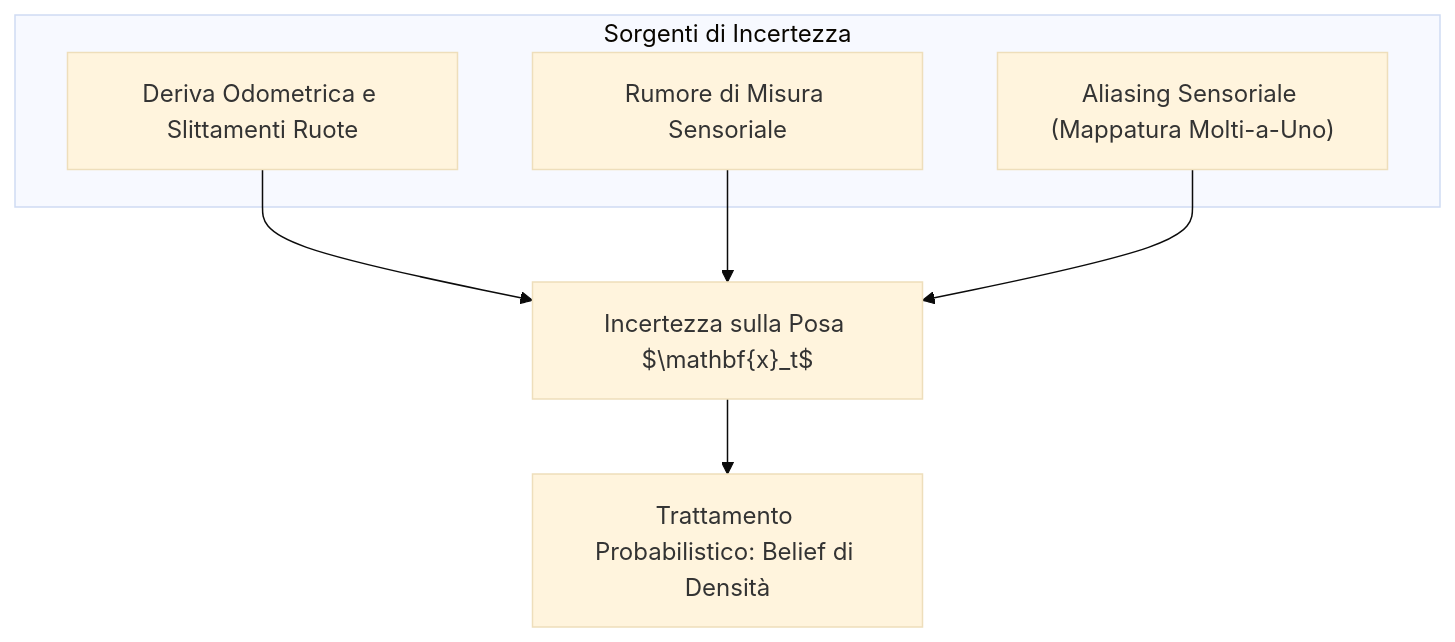
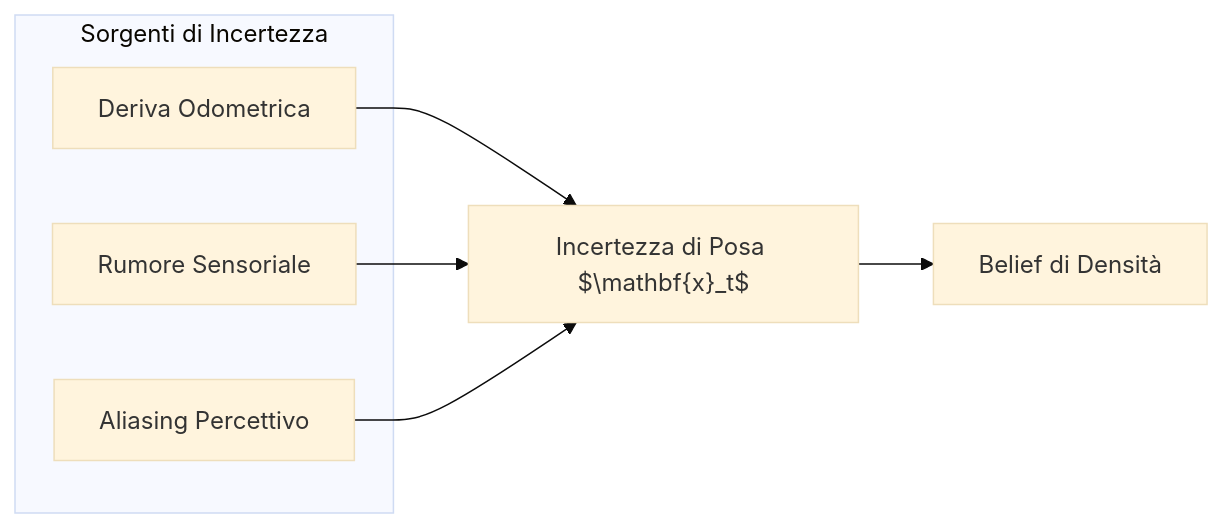
The first of 2 diagrams in Anno 2/Autonomous Robotics/4. Localizzazione e Filtri di Bayes.md (michelevantaggi02/Magistrale), drawn with Mermaid (base theme) before and after one commit. The commit also changed other lines of this file and 44 other files, not shown here.

````diff
--- a/Anno 2/Autonomous Robotics/4. Localizzazione e Filtri di Bayes.md
+++ b/Anno 2/Autonomous Robotics/4. Localizzazione e Filtri di Bayes.md
@@ -60,13 +60,13 @@
 ```mermaid
-flowchart TD
+flowchart LR
     subgraph Sorgenti di Incertezza
-        A["Deriva Odometrica e Slittamenti Ruote"]
-        B["Rumore di Misura Sensoriale"]
-        C["Aliasing Sensoriale (Mappatura Molti-a-Uno)"]
+        A["Deriva Odometrica"]
+        B["Rumore Sensoriale"]
+        C["Aliasing Percettivo"]
     end
 
-    A --> D["Incertezza sulla Posa $\mathbf{x}_t$"]
+    A --> D["Incertezza di Posa $\mathbf{x}_t$"]
     B --> D
     C --> D
-    D --> E["Trattamento Probabilistico: Belief di Densità"]
+    D --> E["Belief di Densità"]
 ```
````
